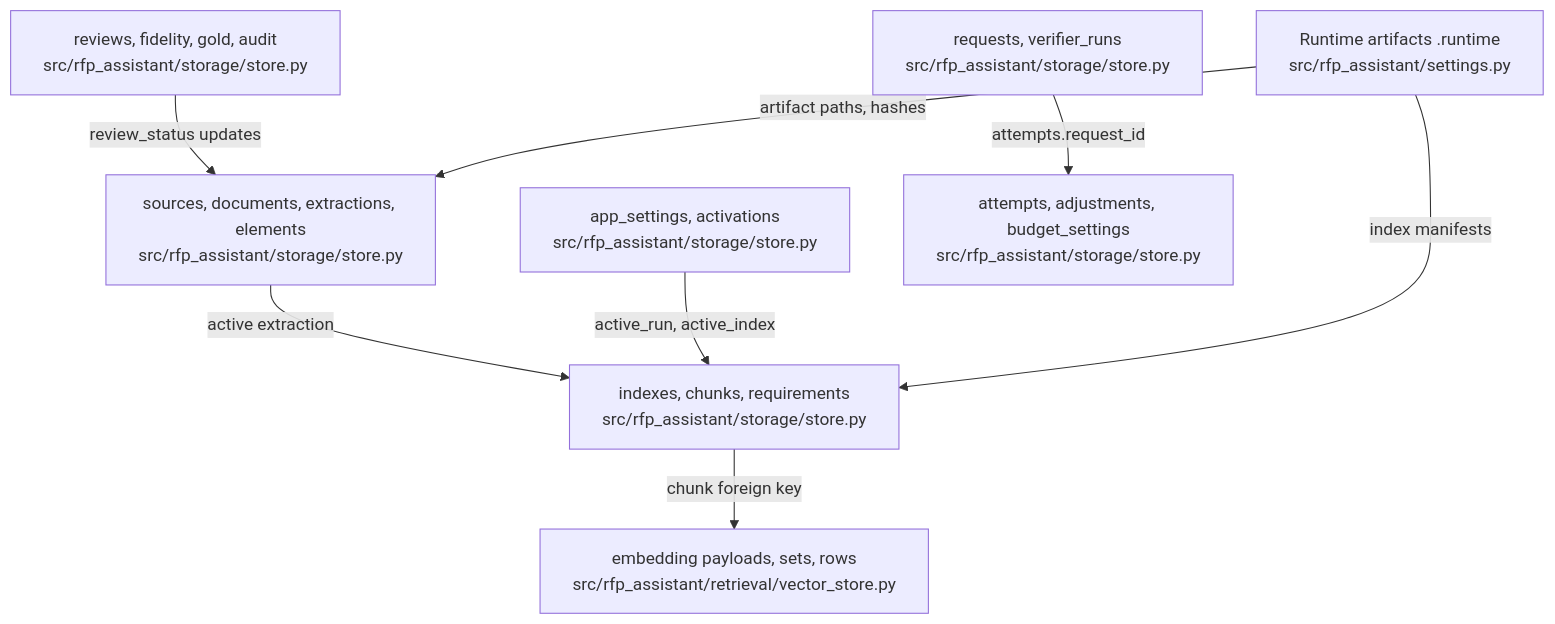
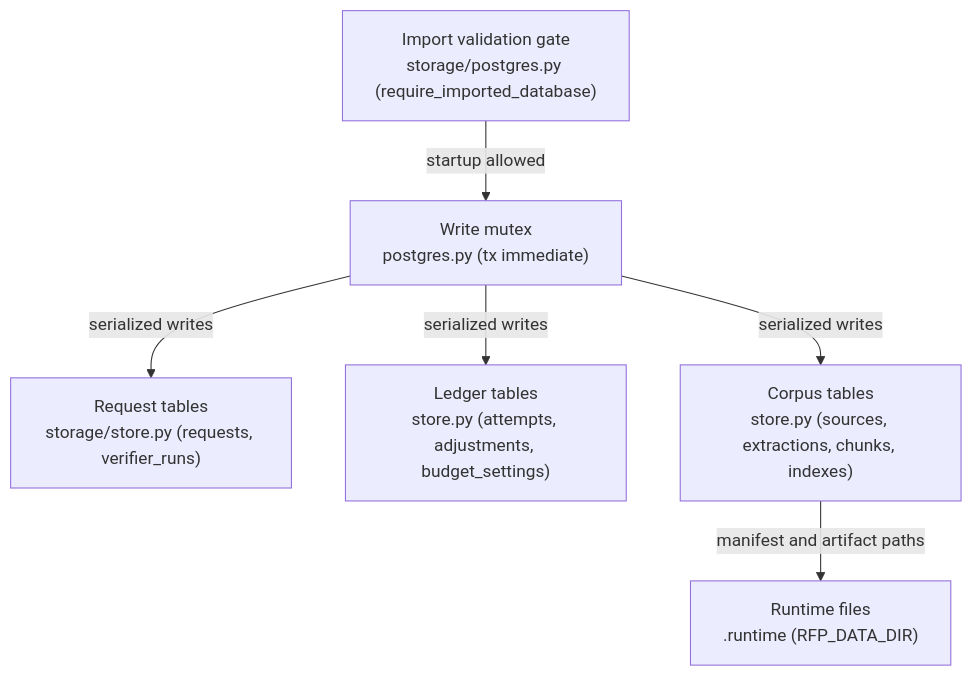
The diagram in .omm/overall-architecture/postgres-storage/diagram.mmd (littleeeeebit/project-codeit-mid), drawn with Mermaid before and after one commit. The commit also changed 424 other files, not shown here.

```diff
--- a/.omm/overall-architecture/postgres-storage/diagram.mmd
+++ b/.omm/overall-architecture/postgres-storage/diagram.mmd
@@ -1,8 +1,6 @@
 graph TD
-  corpus-tables["sources, documents, extractions, elements\nsrc/rfp_assistant/storage/store.py"] -->|"active extraction"| index-tables["indexes, chunks, requirements\nsrc/rfp_assistant/storage/store.py"]
-  index-tables -->|"chunk foreign key"| vector-tables["embedding payloads, sets, rows\nsrc/rfp_assistant/retrieval/vector_store.py"]
-  app-settings["app_settings, activations\nsrc/rfp_assistant/storage/store.py"] -->|"active_run, active_index"| index-tables
-  request-tables["requests, verifier_runs\nsrc/rfp_assistant/storage/store.py"] -->|"attempts.request_id"| ledger-tables["attempts, adjustments, budget_settings\nsrc/rfp_assistant/storage/store.py"]
-  review-tables["reviews, fidelity, gold, audit\nsrc/rfp_assistant/storage/store.py"] -->|"review_status updates"| corpus-tables
-  runtime-files["Runtime artifacts .runtime\nsrc/rfp_assistant/settings.py"] -->|"artifact paths, hashes"| corpus-tables
-  runtime-files -->|"index manifests"| index-tables
+  validation-gate["Import validation gate\nstorage/postgres.py (require_imported_database)"] -->|startup allowed| application-mutex["Write mutex\npostgres.py (tx immediate)"]
+  application-mutex -->|serialized writes| request-tables["Request tables\nstorage/store.py (requests, verifier_runs)"]
+  application-mutex -->|serialized writes| ledger-tables["Ledger tables\nstore.py (attempts, adjustments, budget_settings)"]
+  application-mutex -->|serialized writes| corpus-tables["Corpus tables\nstore.py (sources, extractions, chunks, indexes)"]
+  corpus-tables -->|manifest and artifact paths| runtime-files["Runtime files\n.runtime (RFP_DATA_DIR)"]
```
